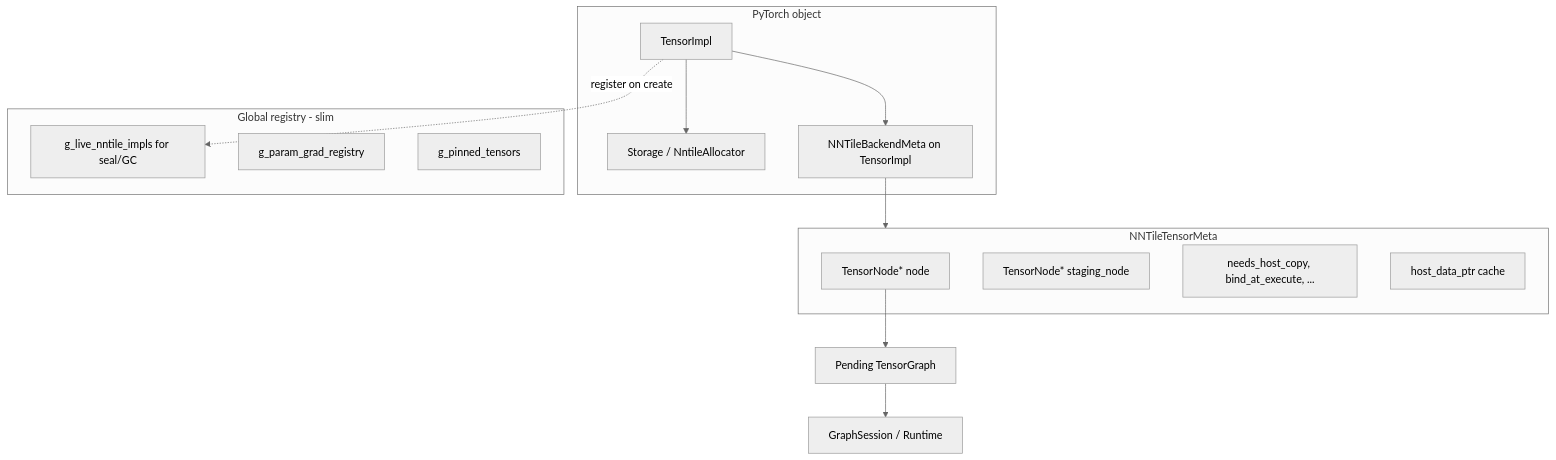
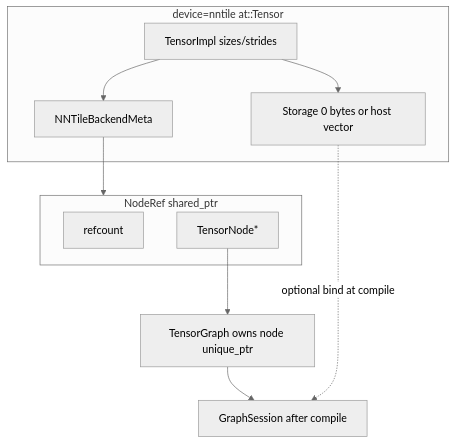
Before and after one commit to nntile/nntile: the diagram in docs/dev/nntile_tensor_impl_plan.md, drawn with Mermaid (neutral theme). The commit also changed other lines of this file, not shown here.

Commit message:
docs: rewrite nntile tensor plan with agreed NodeRef ownership model

````diff
--- a/docs/dev/nntile_tensor_impl_plan.md
+++ b/docs/dev/nntile_tensor_impl_plan.md
@@ -78,29 +63,20 @@
 ```mermaid
 flowchart TD
-    subgraph pytorch [PyTorch object]
-        TensorImpl["TensorImpl"]
-        Storage["Storage / NntileAllocator"]
-        Meta["NNTileBackendMeta on TensorImpl"]
-        TensorImpl --> Storage
-        TensorImpl --> Meta
+    subgraph tensor [device=nntile at::Tensor]
+        Impl[TensorImpl sizes/strides]
+        Meta[NNTileBackendMeta]
+        Storage[Storage 0 bytes or host vector]
+        Impl --> Meta
+        Impl --> Storage
     end
 
-    subgraph meta_fields [NNTileTensorMeta]
-        Node["TensorNode* node"]
-        Staging["TensorNode* staging_node"]
-        Flags["needs_host_copy, bind_at_execute, ..."]
-        HostPtr["host_data_ptr cache"]
+    subgraph noderef [NodeRef shared_ptr]
+        RC[refcount]
+        Ptr[TensorNode*]
     end
 
-    Meta --> meta_fields
-    Node --> TensorGraph["Pending TensorGraph"]
-    TensorGraph --> Session["GraphSession / Runtime"]
-
-    subgraph registry [Global registry - slim]
-        Live["g_live_nntile_impls for seal/GC"]
-        ParamGrad["g_param_grad_registry"]
-        Pinned["g_pinned_tensors"]
-    end
-
-    TensorImpl -.->|register on create| Live
+    Meta --> noderef
+    Ptr --> TG[TensorGraph owns node unique_ptr]
+    TG --> Session[GraphSession after compile]
+    Storage -.->|optional bind at compile| Session
 ```
````
